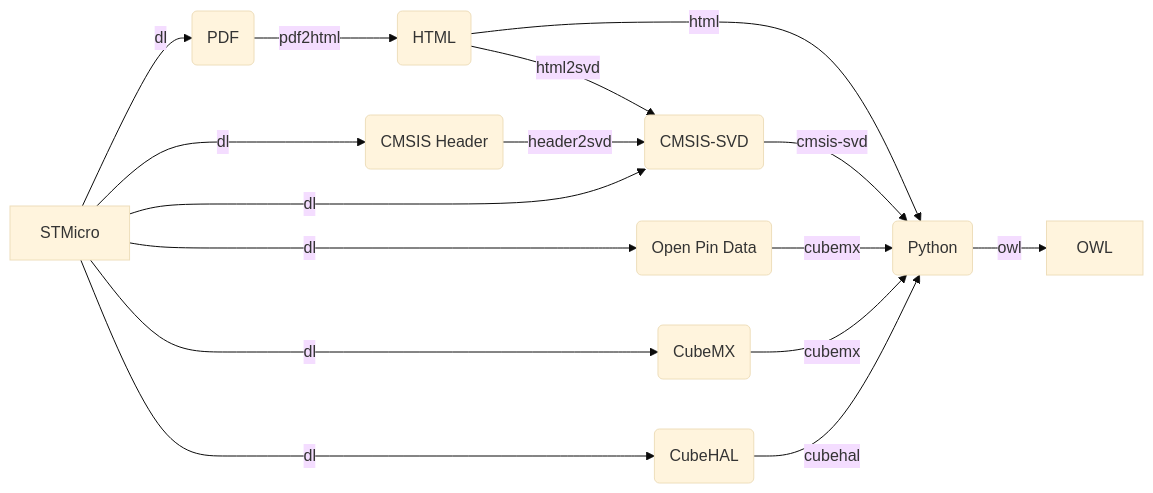
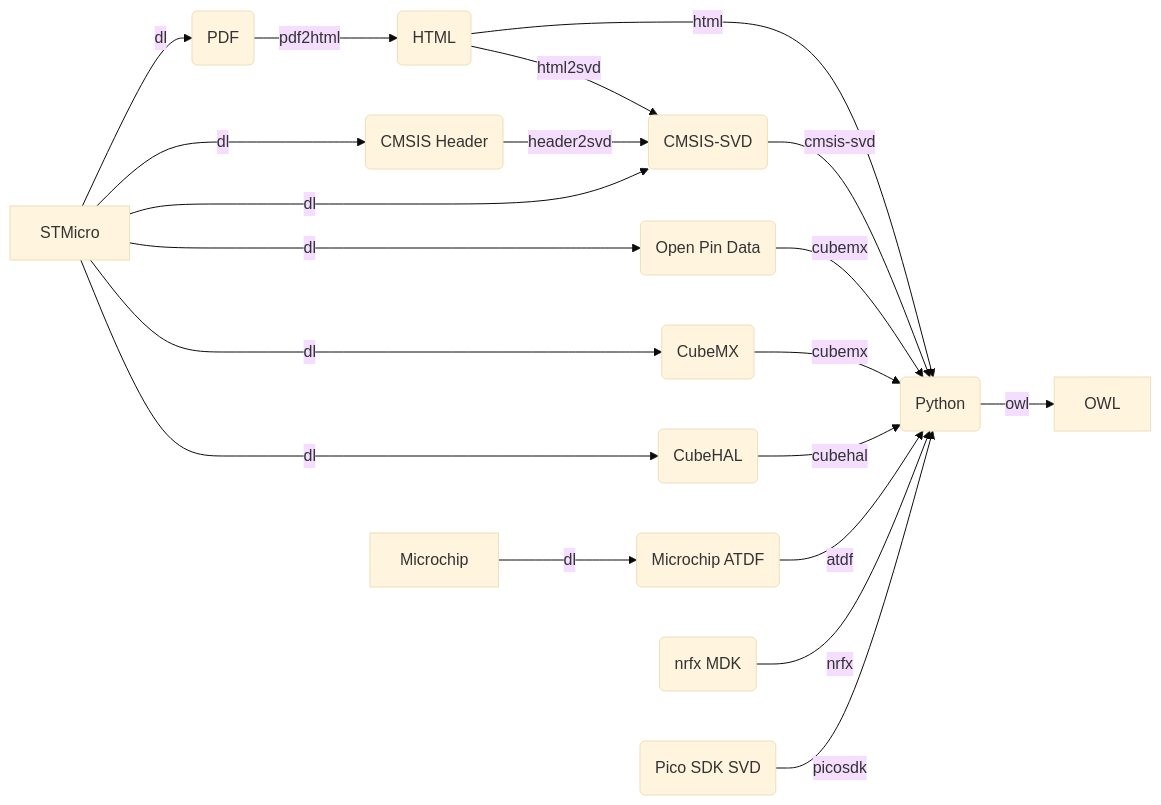
The diagram in README.md (modm-io/modm-data), drawn with Mermaid (base theme) before and after one commit. The commit also changed other lines of this file and 1 other file, not shown here.

````diff
--- a/README.md
+++ b/README.md
@@ -52,19 +52,23 @@
 ```mermaid
 flowchart LR
     A(PDF) -->|pdf2html| B
     B -->|html2svd| D
     B(HTML) -->|html| C
     C(Python) -->|owl| E
     D(CMSIS-SVD) -->|cmsis-svd| C
     E[OWL]
     F(CMSIS Header) -->|header2svd| D
     I(Open Pin Data) -->|cubemx| C
     G(CubeMX) -->|cubemx| C
     H(CubeHAL) -->|cubehal| C
     J -->|dl| A
     J -->|dl| F
     J -->|dl| G
     J -->|dl| H
     J -->|dl| I
     J[STMicro] -->|dl| D
+    L(Microchip ATDF) -->|atdf| C
+    M(nrfx MDK) -->|nrfx| C
+    N(Pico SDK SVD) -->|picosdk| C
+    O[Microchip] -->|dl| L
 ```
````
